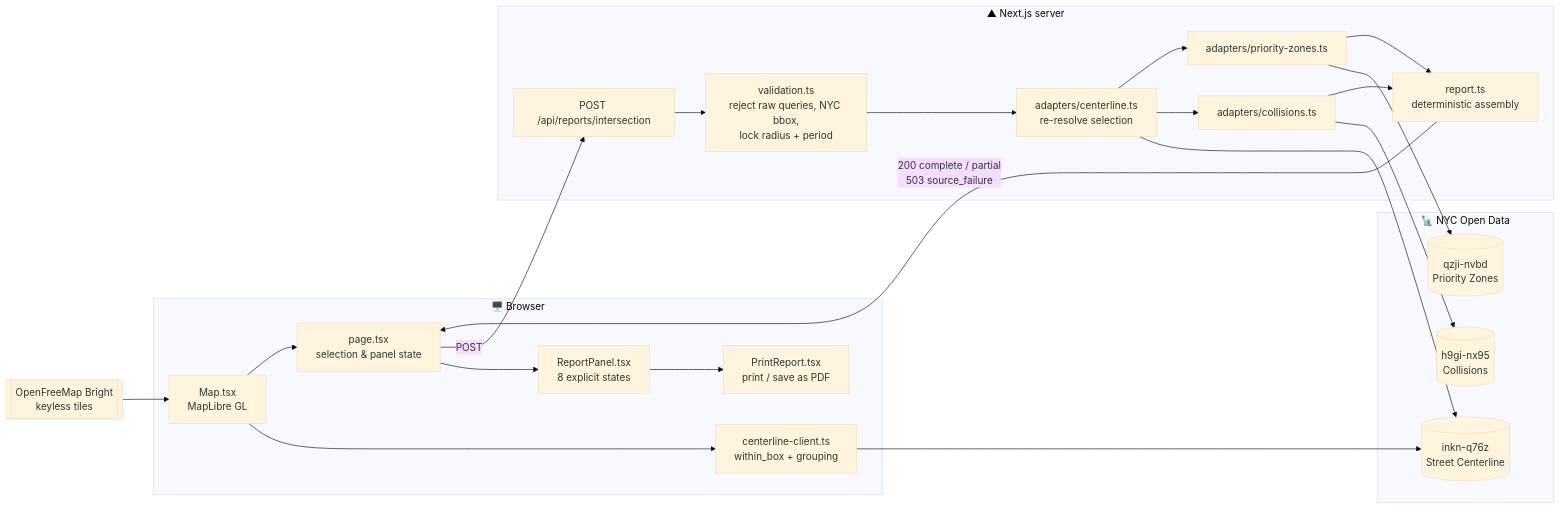
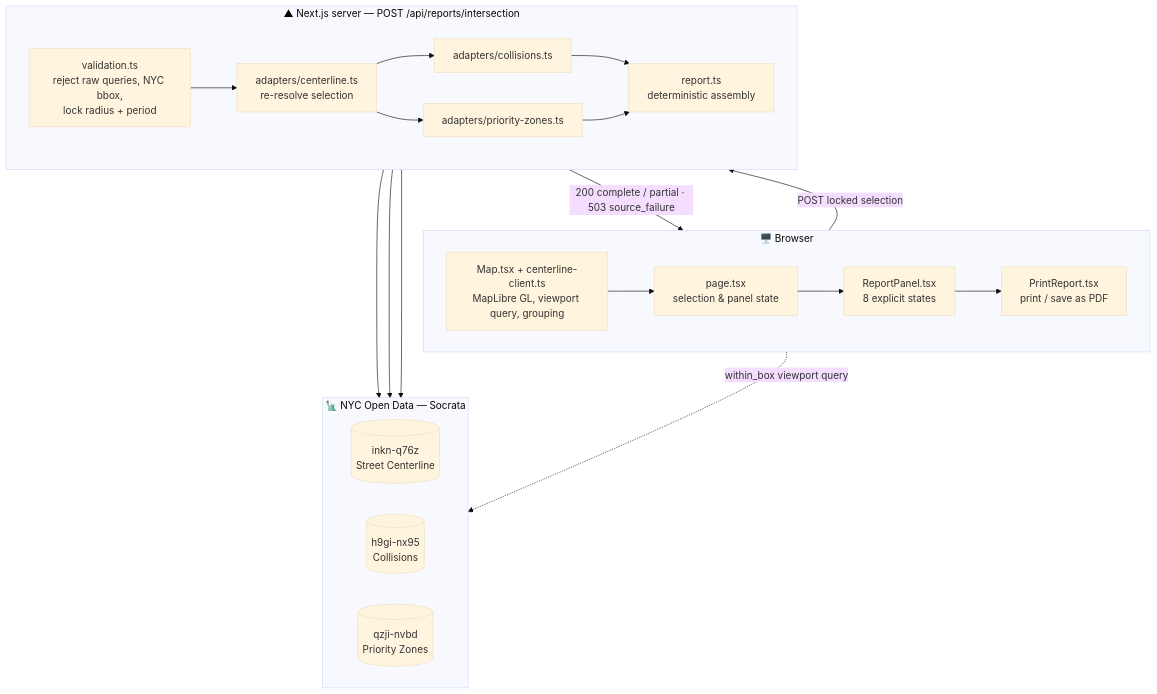
The diagram in README.md (hirekarl/built4nyc-hackathon-202608), drawn with Mermaid (base theme) before and after one commit.

Commit message:
docs: restructure the architecture diagram for a readable layout
The flowchart LR version had a back-edge from the server tier to the browser
tier, which pushed dagre into a sprawling layout: the NYC Open Data subgraph
ended up squeezed against the right edge under GitHub's zoom controls, and
the Browser subgraph rendered below the server one instead of before it.

Switched to flowchart TB with direction LR inside each subgraph, so the three
tiers stack top-to-bottom in the order requests actually travel while each
tier still reads left-to-right. Folded centerline-client.ts into the Map node
and dropped the standalone tiles node — both were adding edges without adding
information. Same call path, fewer crossings.

````diff
--- a/README.md
+++ b/README.md
@@ -82,39 +82,37 @@
 ```mermaid
-flowchart LR
+flowchart TB
     subgraph browser["🖥️ Browser"]
-        map["Map.tsx<br/>MapLibre GL"]
-        client["centerline-client.ts<br/>within_box + grouping"]
-        page["page.tsx<br/>selection & panel state"]
+        direction LR
+        map["Map.tsx + centerline-client.ts<br/>MapLibre GL, viewport query, grouping"]
+        page["page.tsx<br/>selection &amp; panel state"]
         panel["ReportPanel.tsx<br/>8 explicit states"]
         print["PrintReport.tsx<br/>print / save as PDF"]
+        map --> page --> panel --> print
     end
 
-    subgraph server["▲ Next.js server"]
-        route["POST /api/reports/intersection"]
+    subgraph server["▲ Next.js server — POST /api/reports/intersection"]
+        direction LR
         valid["validation.ts<br/>reject raw queries, NYC bbox,<br/>lock radius + period"]
         cl["adapters/centerline.ts<br/>re-resolve selection"]
         col["adapters/collisions.ts"]
         pz["adapters/priority-zones.ts"]
         report["report.ts<br/>deterministic assembly"]
+        valid --> cl
+        cl --> col --> report
+        cl --> pz --> report
     end
 
-    subgraph data["🗽 NYC Open Data"]
+    subgraph data["🗽 NYC Open Data — Socrata"]
+        direction LR
         d1[("inkn-q76z<br/>Street Centerline")]
         d2[("h9gi-nx95<br/>Collisions")]
         d3[("qzji-nvbd<br/>Priority Zones")]
     end
 
-    tiles[["OpenFreeMap Bright<br/>keyless tiles"]]
-
-    map --> client --> d1
-    tiles --> map
-    map --> page --> panel
-    page -- "POST" --> route
-    route --> valid --> cl --> d1
-    cl --> col --> d2
-    cl --> pz --> d3
-    col --> report
-    pz --> report
-    report -- "200 complete / partial<br/>503 source_failure" --> page
-    panel --> print
+    page -- "POST locked selection" --> valid
+    report -- "200 complete / partial · 503 source_failure" --> panel
+    map -. "within_box viewport query" .-> d1
+    cl --> d1
+    col --> d2
+    pz --> d3
 ```
````
